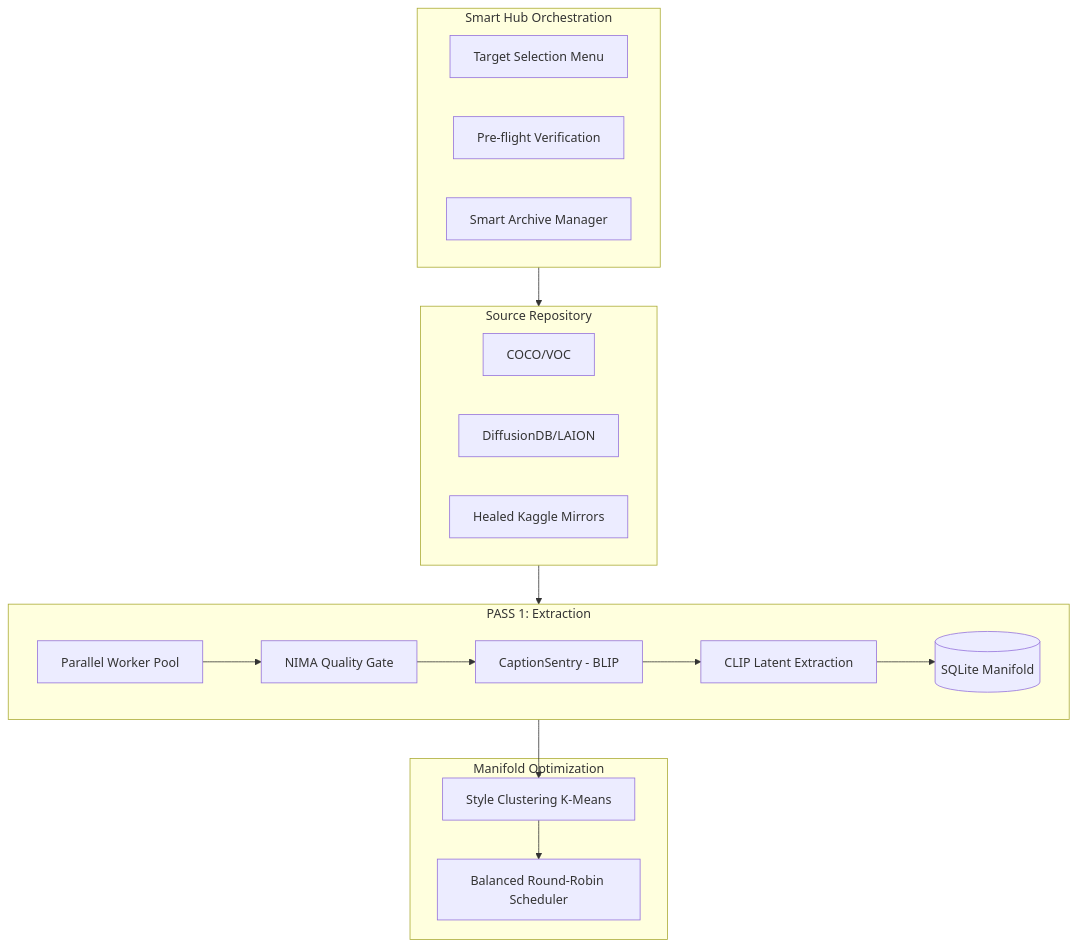
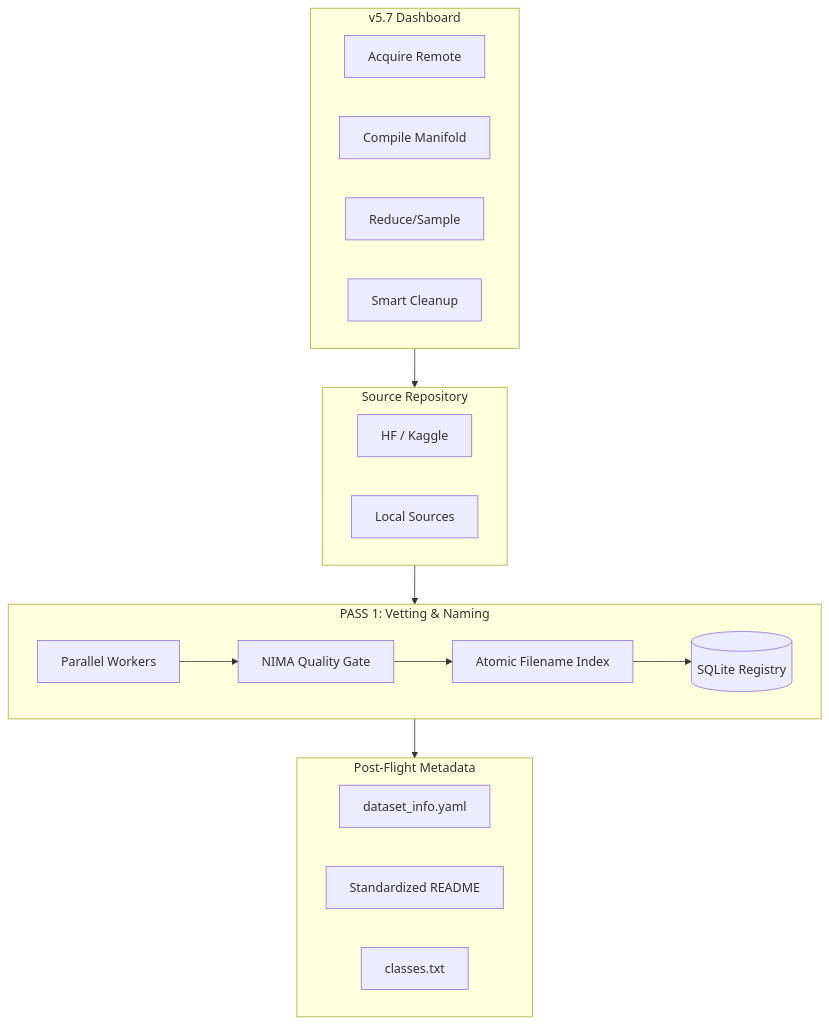
Before and after one commit to lemgenda/lemgendary-dataset-generator: the diagram in README.md, drawn with Mermaid. The commit also changed other lines of this file and 13 other files, not shown here.

Commit message:
chore: Clean up helper scripts, logs, and scratch directories prior to decoupling architecture implementation

````diff
--- a/README.md
+++ b/README.md
@@ -32,37 +34,35 @@
 ```mermaid
 graph TD
-    subgraph Hub[Smart Hub Orchestration]
-        M1[Target Selection Menu]
-        M2[Pre-flight Verification]
-        M3[Smart Archive Manager]
+    subgraph Hub[v5.7 Dashboard]
+        M1[Acquire Remote]
+        M2[Compile Manifold]
+        M3[Reduce/Sample]
+        M4[Smart Cleanup]
     end
 
     subgraph RawData[Source Repository]
-        D1[COCO/VOC]
-        D2[DiffusionDB/LAION]
-        D3[Healed Kaggle Mirrors]
+        D1[HF / Kaggle]
+        D2[Local Sources]
     end
 
-    subgraph Pass1[PASS 1: Extraction]
-        A[Parallel Worker Pool]
+    subgraph Pass1[PASS 1: Vetting & Naming]
+        A[Parallel Workers]
         B[NIMA Quality Gate]
-        C[CaptionSentry - BLIP]
-        D[CLIP Latent Extraction]
-        E[(SQLite Manifold)]
+        C[Atomic Filename Index]
+        E[(SQLite Registry)]
         
         A --> B
         B --> C
-        C --> D
-        D --> E
+        C --> E
     end
 
-    subgraph Manifold[Manifold Optimization]
-        G[Style Clustering K-Means]
-        H[Balanced Round-Robin Scheduler]
+    subgraph Export[Post-Flight Metadata]
+        G[dataset_info.yaml]
+        H[Standardized README]
+        I[classes.txt]
     end
 
     Hub --> RawData
     RawData --> Pass1
-    Pass1 --> G
-    G --> H
+    Pass1 --> Export
 ```
````
